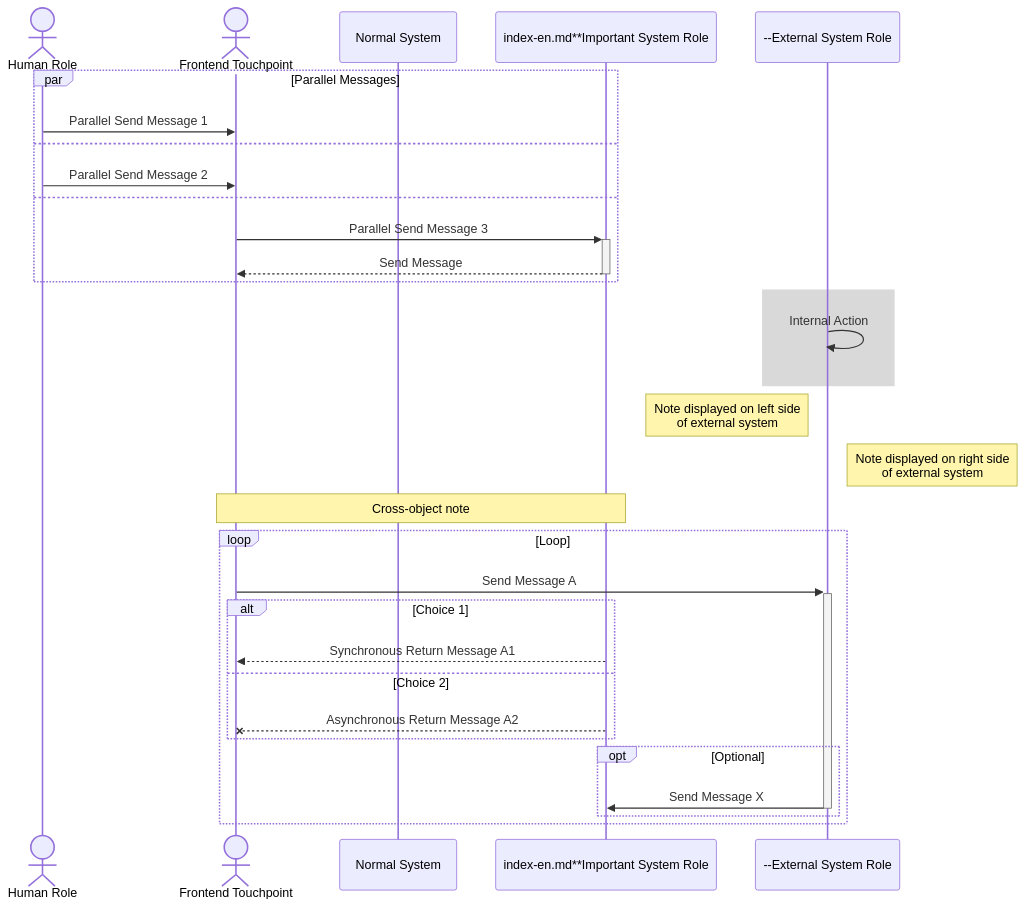
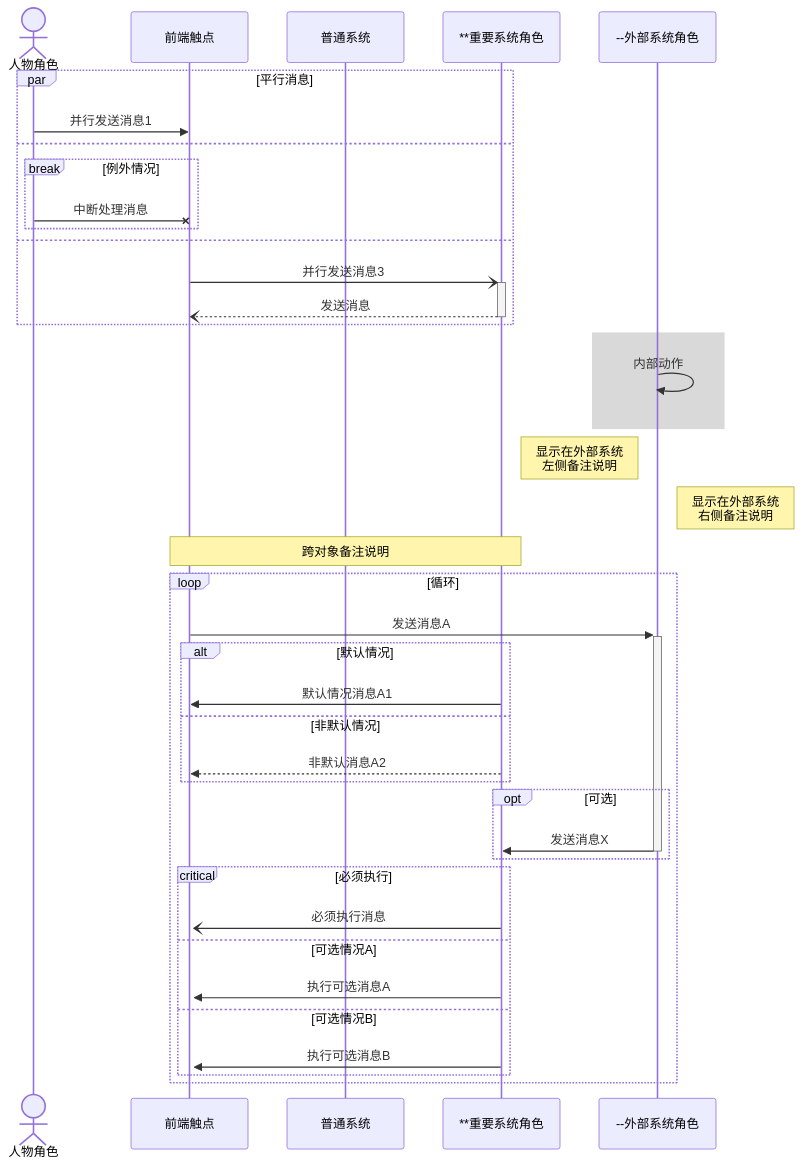
The sixth of 6 diagrams in released/samples/guide2-en.md (MadMaxChow/VLOOK), drawn with Mermaid before and after one commit. The commit also changed other lines of this file and 273 other files, not shown here.

````diff
--- a/released/samples/guide2-en.md
+++ b/released/samples/guide2-en.md
@@ -2271,39 +2284,50 @@
 ```mermaid
 sequenceDiagram
-%% Enable automatic numbering for displayed messages
+%% 设置显示消息的自动编号
 
-actor User as Human Role
-actor Client as Frontend Touchpoint
-participant MP as Normal System
-participant Server as index-en.md**Important System Role
-participant Extend as --External System Role
+actor User as 人物角色
+participant Client as 前端触点
+participant MP as 普通系统
+participant Server as **重要系统角色
+participant Extend as --外部系统角色
 
-par Parallel Messages
-	User ->> Client: Parallel Send Message 1
+par 平行消息
+	User ->> Client: 并行发送消息1
 and
-	User ->> Client: Parallel Send Message 2
+  break 例外情况
+    User -x Client: 中断处理消息
+  end
 and
-  Client ->>+ Server: Parallel Send Message 3
-  Server -->>- Client: Send Message
+  Client -)+ Server: 并行发送消息3
+  Server --)- Client: 发送消息
 end
 
-%% Set area highlight
+%% 设置区域高亮
 rect rgba(128, 128, 128, 0.3)
-	Extend ->> Extend: Internal Action
+	Extend ->> Extend: 内部动作
 end
 
-Note left of Extend: Note displayed on left side<br>of external system
-Note right of Extend: Note displayed on right side<br>of external system
-Note over Client,Server: Cross-object note
-loop Loop
-	Client ->>+ Extend: Send Message A
-	alt Choice 1
-		Server -->> Client: Synchronous Return Message A1
-	else Choice 2
-		Server --X Client: Asynchronous Return Message A2
+Note left of Extend: 显示在外部系统<br>左侧备注说明
+Note right of Extend: 显示在外部系统<br>右侧备注说明
+Note over Client,Server: 跨对象备注说明
+loop 循环
+	Client ->>+ Extend: 发送消息A
+	alt 默认情况
+		Server ->> Client: 默认情况消息A1
+	else 非默认情况
+		Server -->> Client: 非默认消息A2
 	end
-	opt Optional
-		Extend ->>- Server: Send Message X
+	
+	opt 可选
+		Extend ->>- Server: 发送消息X
 	end
+	
+	critical 必须执行
+    Server -)+ Client: 必须执行消息
+  option 可选情况A
+    Server ->> Client: 执行可选消息A
+  option 可选情况B
+    Server ->> Client: 执行可选消息B
+  end
 end
 ```
````
